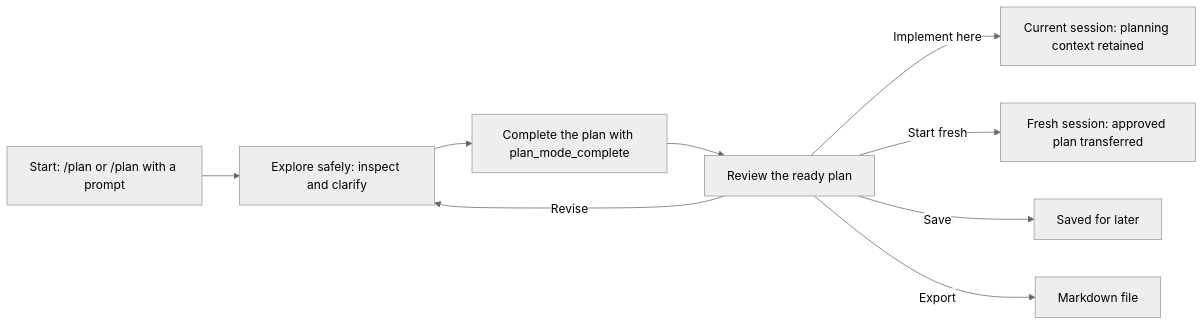
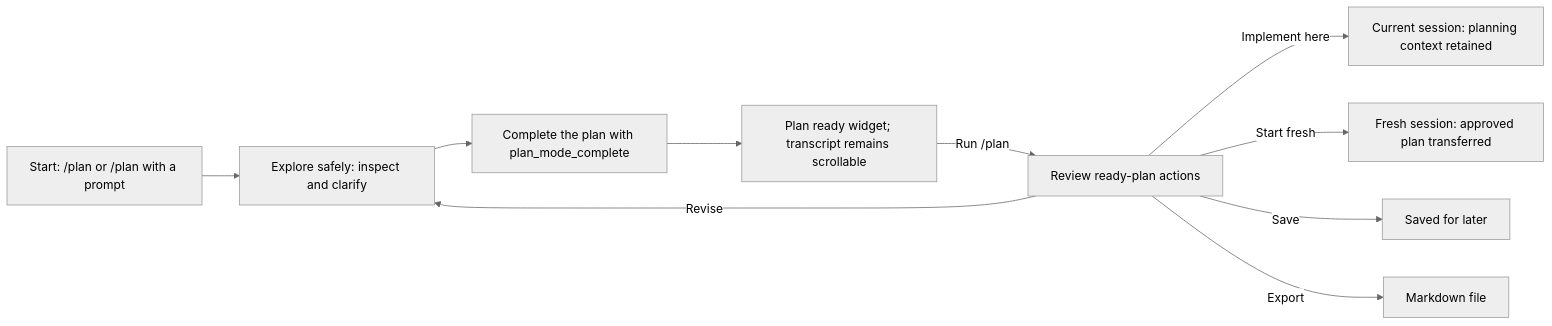
Before and after one commit to nredd/pi-harness: the first of 2 diagrams in README.md, drawn with Mermaid (neutral theme). The commit also changed other lines of this file and 12 other files, not shown here.

````diff
--- a/README.md
+++ b/README.md
@@ -63,12 +63,13 @@
 ```mermaid
 flowchart LR
     start["Start: /plan or /plan with a prompt"]
     start --> explore["Explore safely: inspect and clarify"]
     explore --> complete["Complete the plan with plan_mode_complete"]
-    complete --> review["Review the ready plan"]
+    complete --> pending["Plan ready widget; transcript remains scrollable"]
+    pending -->|Run /plan| review["Review ready-plan actions"]
     review -->|Revise| explore
     review -->|Implement here| current["Current session: planning context retained"]
     review -->|Start fresh| fresh["Fresh session: approved plan transferred"]
     review -->|Save| saved["Saved for later"]
     review -->|Export| exported["Markdown file"]
 ```
````
